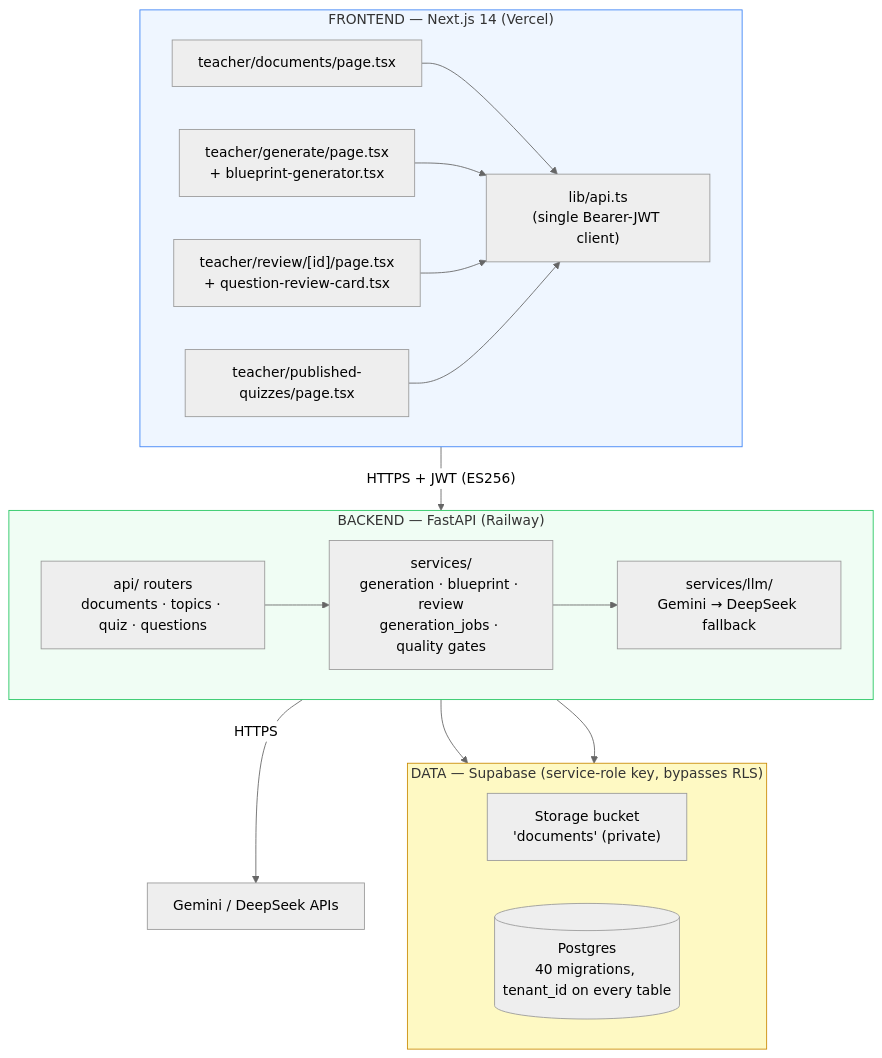
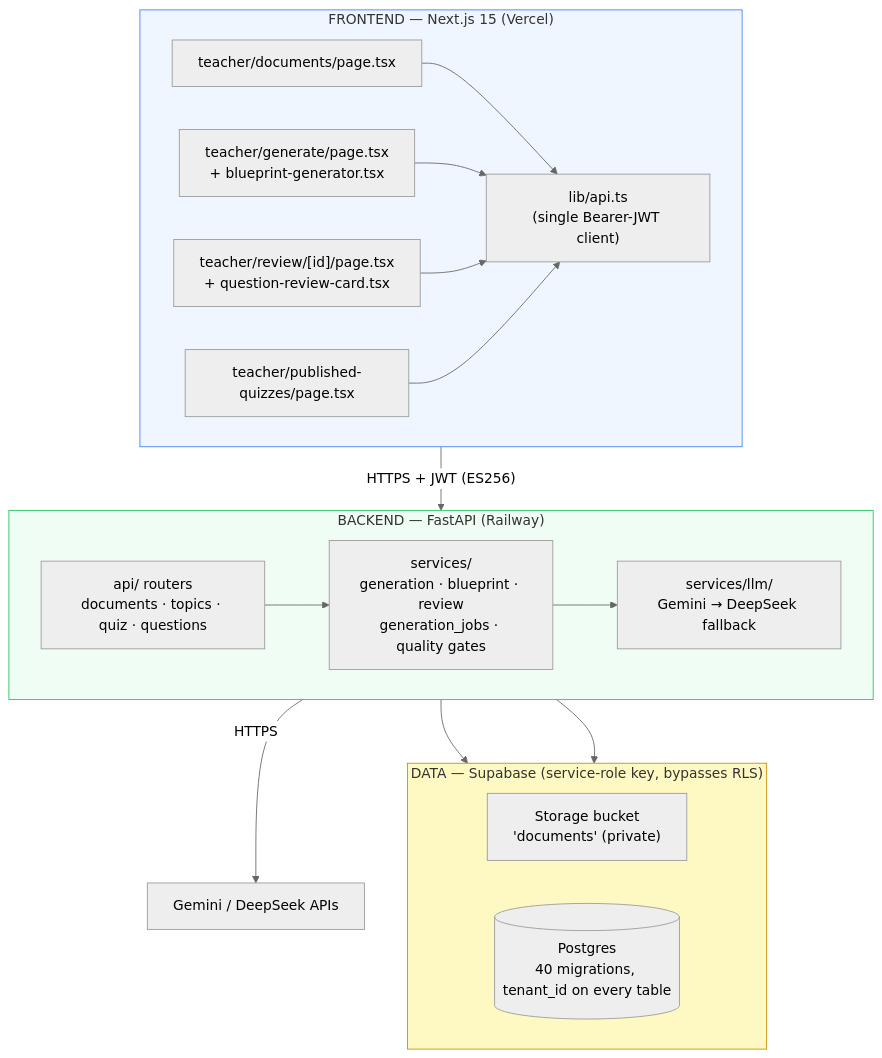
The second of 16 diagrams in docs/teacher-workflow-architecture.md (ArivuTechTeam/Arivu-counselling), drawn with Mermaid (neutral theme) before and after one commit. The commit also changed 4 other files, not shown here.

Commit message:
chore: update frontend version references to Next.js 15 across documentation

````diff
--- a/docs/teacher-workflow-architecture.md
+++ b/docs/teacher-workflow-architecture.md
@@ -35,38 +35,38 @@
 ```mermaid
 flowchart TB
-    subgraph FE["FRONTEND — Next.js 14 (Vercel)"]
+    subgraph FE["FRONTEND — Next.js 15 (Vercel)"]
         direction LR
         UI1["teacher/documents/page.tsx"]
         UI2["teacher/generate/page.tsx<br/>+ blueprint-generator.tsx"]
         UI3["teacher/review/[id]/page.tsx<br/>+ question-review-card.tsx"]
         UI4["teacher/published-quizzes/page.tsx"]
         API["lib/api.ts<br/>(single Bearer-JWT client)"]
         UI1 --> API
         UI2 --> API
         UI3 --> API
         UI4 --> API
     end
 
     subgraph BE["BACKEND — FastAPI (Railway)"]
         direction LR
         R["api/ routers<br/>documents · topics · quiz · questions"]
         S["services/<br/>generation · blueprint · review<br/>generation_jobs · quality gates"]
         L["services/llm/<br/>Gemini → DeepSeek fallback"]
         R --> S --> L
     end
 
     subgraph DATA["DATA — Supabase (service-role key, bypasses RLS)"]
         direction LR
         ST["Storage bucket<br/>'documents' (private)"]
         DB[("Postgres<br/>40 migrations, tenant_id on every table")]
     end
 
     API -->|"HTTPS + JWT (ES256)"| R
     S --> ST
     S --> DB
     L -->|"HTTPS"| EXT["Gemini / DeepSeek APIs"]
 
     style FE fill:#EFF6FF,stroke:#3B82F6
     style BE fill:#F0FDF4,stroke:#22C55E
     style DATA fill:#FEF9C3,stroke:#CA8A04
 ```
````
